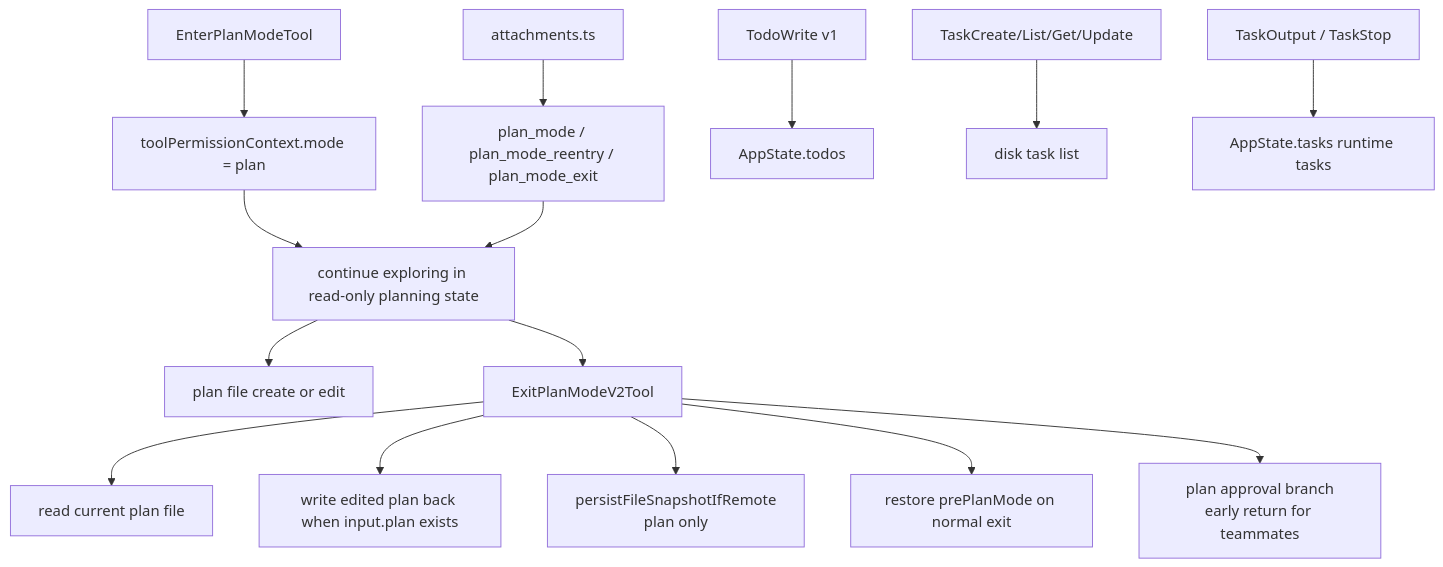
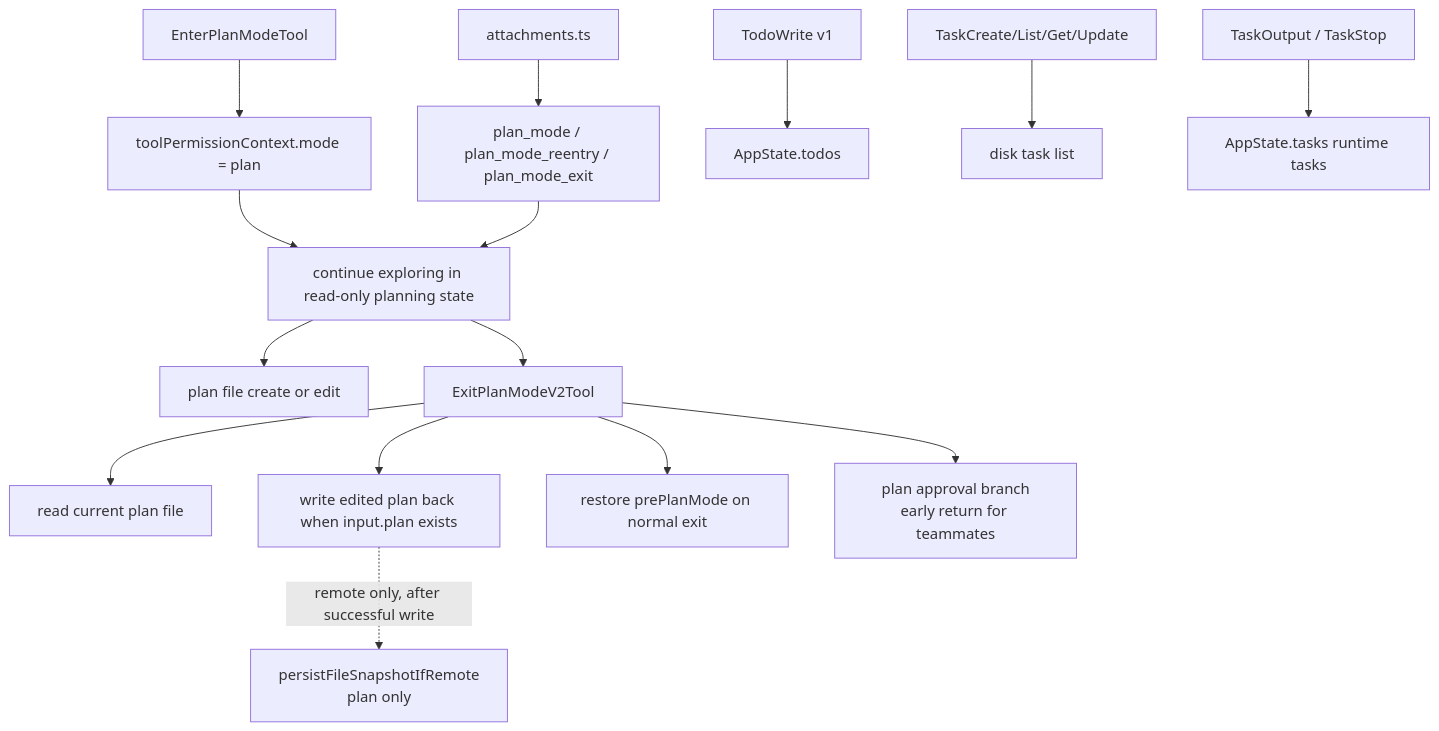
The second of 2 diagrams in MODULES/02-planning-compaction-and-assistant/DEEP/README.md (Boulea7/ClaudeCode-Source-DeepDive), drawn with Mermaid before and after one commit. The commit also changed other lines of this file and 8 other files, not shown here.

````diff
--- a/MODULES/02-planning-compaction-and-assistant/DEEP/README.md
+++ b/MODULES/02-planning-compaction-and-assistant/DEEP/README.md
@@ -296,18 +295,18 @@
 ```mermaid
 flowchart TD
     A[EnterPlanModeTool] --> B[toolPermissionContext.mode = plan]
     B --> D[continue exploring in read-only planning state]
     C[attachments.ts] --> E[plan_mode / plan_mode_reentry / plan_mode_exit]
     E --> D
     D --> F[plan file create or edit]
     D --> G[ExitPlanModeV2Tool]
     G --> H[read current plan file]
     G --> I[write edited plan back when input.plan exists]
-    G --> J[persistFileSnapshotIfRemote<br/>plan only]
+    I -. remote only, after successful write .-> J[persistFileSnapshotIfRemote<br/>plan only]
     G --> K[restore prePlanMode on normal exit]
     G --> L[plan approval branch<br/>early return for teammates]
 
     M[TodoWrite v1] --> N[AppState.todos]
     O[TaskCreate/List/Get/Update] --> P[disk task list]
     Q[TaskOutput / TaskStop] --> R[AppState.tasks runtime tasks]
 ```
````
